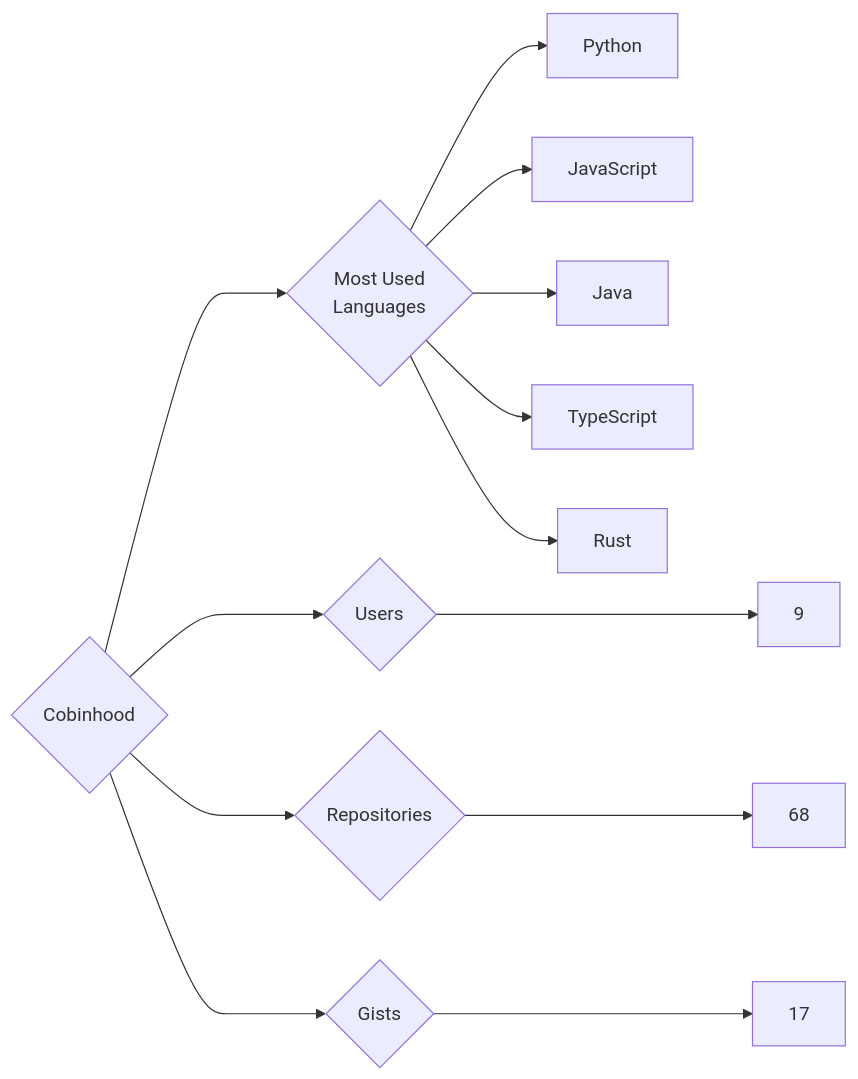
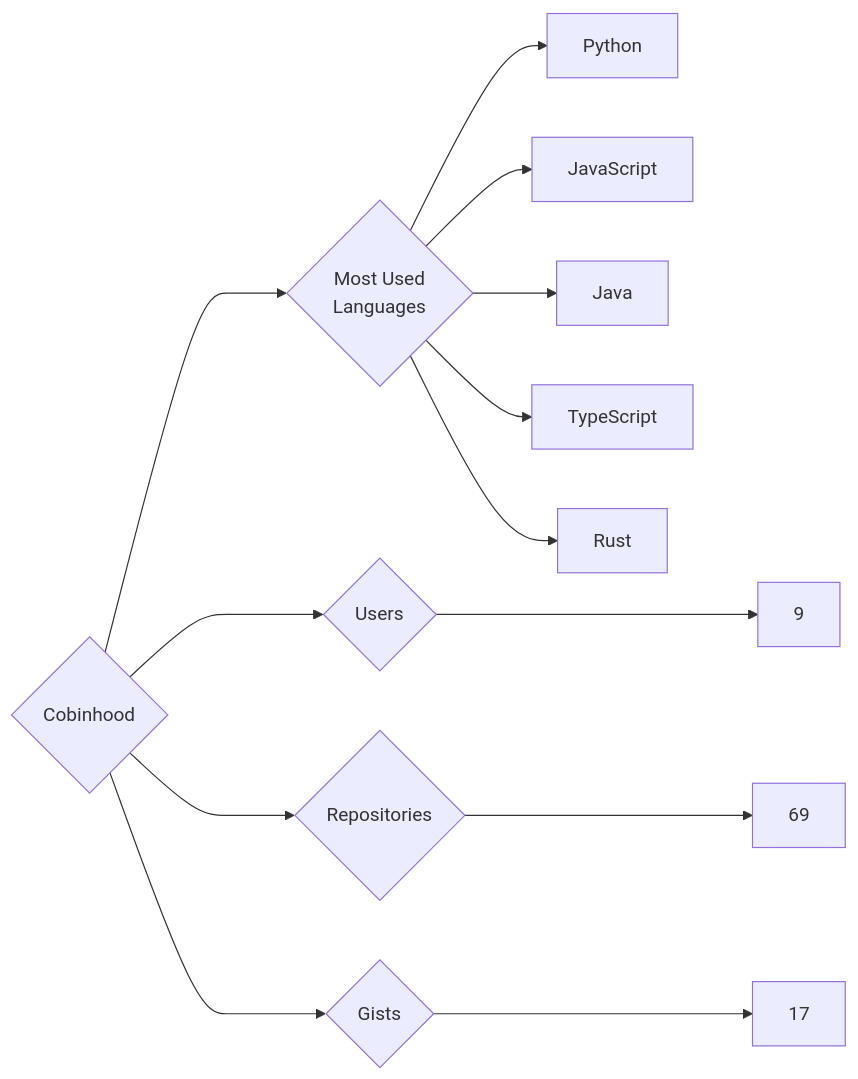
Before and after one commit to trickest/insiders: the diagram in targets/Cobinhood/README.md, drawn with Mermaid. The commit also changed 1055 other files, not shown here.

````diff
--- a/targets/Cobinhood/README.md
+++ b/targets/Cobinhood/README.md
@@ -3,13 +3,13 @@
 ```mermaid
 graph LR
 COMPANY_NAME{Cobinhood}
 COMPANY_NAME ---> U{Users} ---> UN[9]
-COMPANY_NAME ---> R{Repositories} ---> RN[68]
+COMPANY_NAME ---> R{Repositories} ---> RN[69]
 COMPANY_NAME ---> G{Gists} ---> GN[17]
 COMPANY_NAME ---> ML{Most Used<br>Languages}
 ML --> Python[Python]
 ML --> JavaScript[JavaScript]
 ML --> Java[Java]
 ML --> TypeScript[TypeScript]
 ML --> Rust[Rust]
 ```
````
